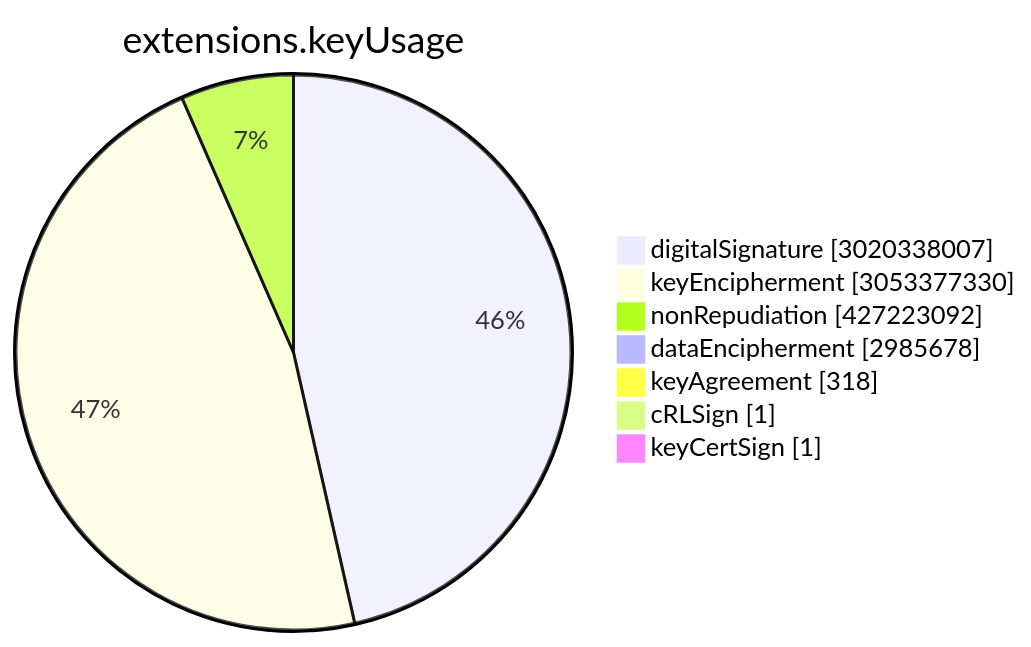
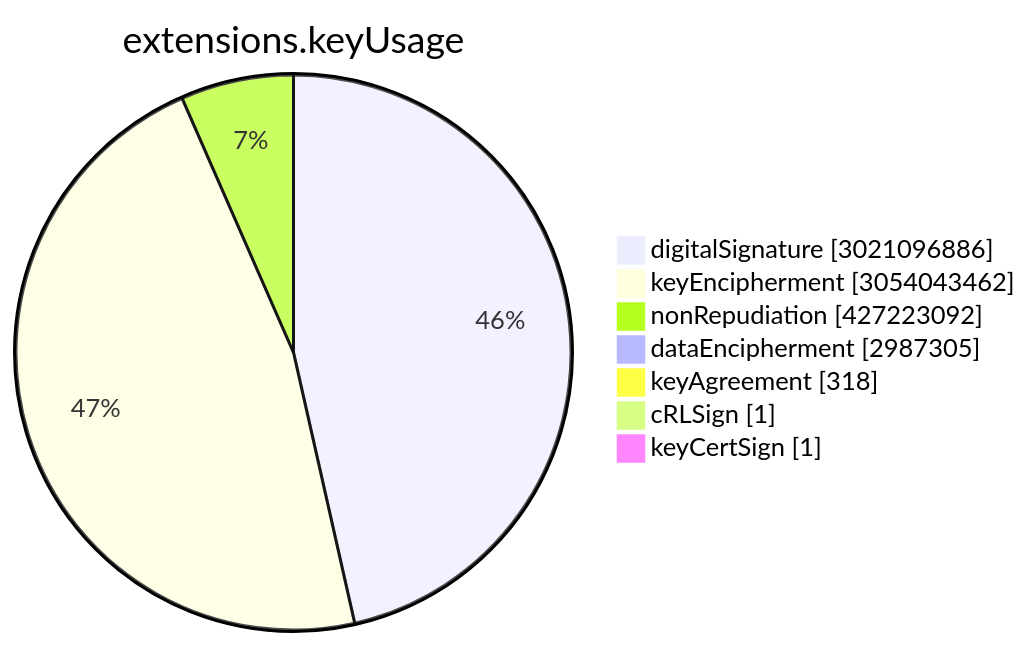
One commit to christiankrug/ctmonitor_visualization changed the sixth of 15 diagrams in TOTAL/README.md. Above: the diagram before and after it, drawn with Mermaid. The commit also changed other lines of this file, not shown here.

````diff
--- a/TOTAL/README.md
+++ b/TOTAL/README.md
@@ -3075,11 +3075,11 @@
 ```mermaid
 pie showData
 title extensions.keyUsage
-"digitalSignature" :3020338007
-"keyEncipherment" :3053377330
+"digitalSignature" :3021096886
+"keyEncipherment" :3054043462
 "nonRepudiation" :427223092
-"dataEncipherment" :2985678
+"dataEncipherment" :2987305
 "keyAgreement" :318
 "cRLSign" :1
 "keyCertSign" :1
 ```
````
